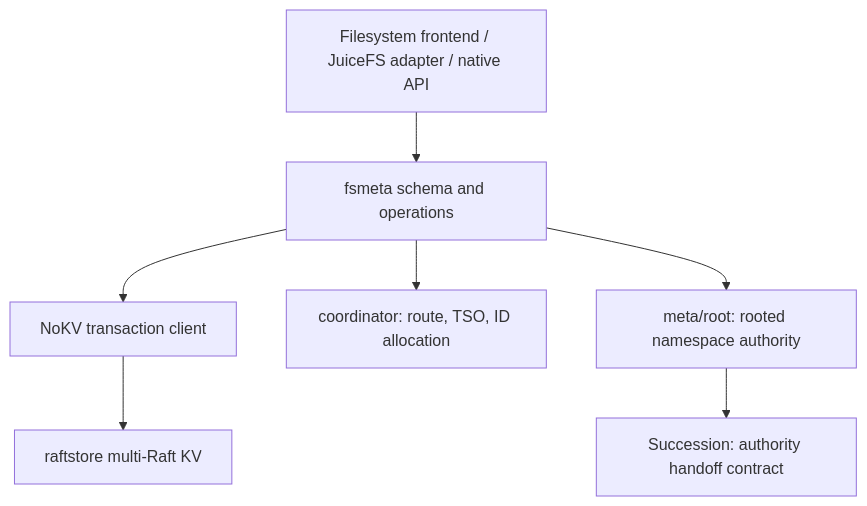
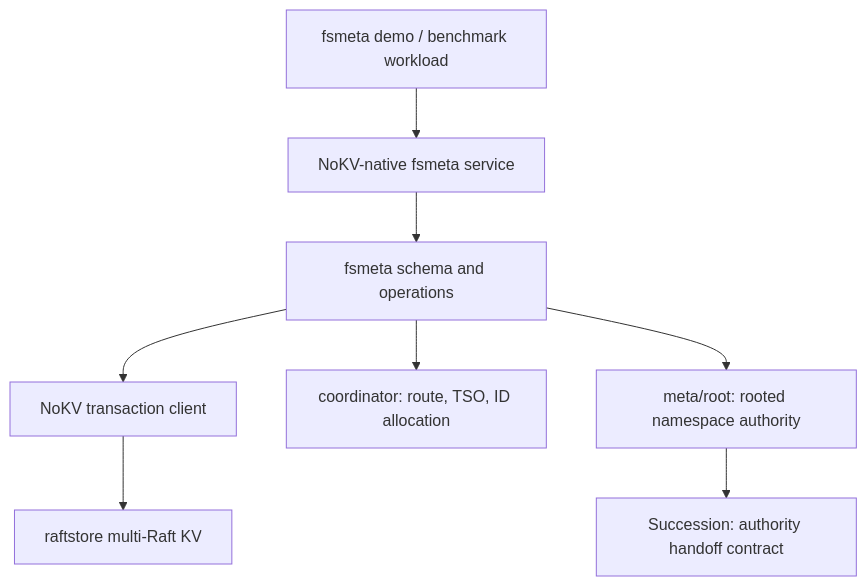
Before and after one commit to feichai0017/NoKV: the diagram in docs/notes/2026-04-24-fsmeta-positioning.md, drawn with Mermaid. The commit also changed other lines of this file, not shown here.

Commit message:
docs(fsmeta): drop JuiceFS adapter from stage 1

````diff
--- a/docs/notes/2026-04-24-fsmeta-positioning.md
+++ b/docs/notes/2026-04-24-fsmeta-positioning.md
@@ -92,10 +92,11 @@
 ```mermaid
 flowchart TD
-    F["Filesystem frontend / JuiceFS adapter / native API"] --> S["fsmeta schema and operations"]
+    F["NoKV-native fsmeta service"] --> S["fsmeta schema and operations"]
+    D["fsmeta demo / benchmark workload"] --> F
     S --> T["NoKV transaction client"]
     T --> R["raftstore multi-Raft KV"]
 
     S --> C["coordinator: route, TSO, ID allocation"]
     S --> M["meta/root: rooted namespace authority"]
     M --> SU["Succession: authority handoff contract"]
 ```
````
